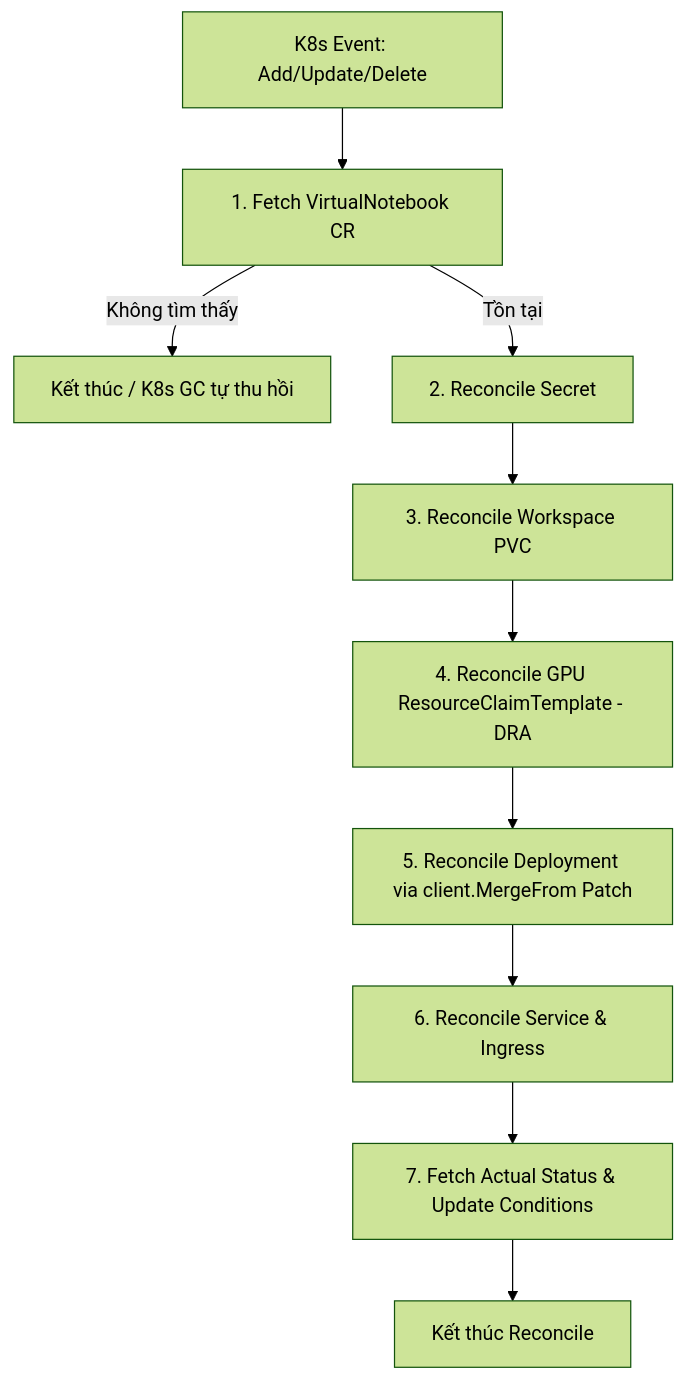
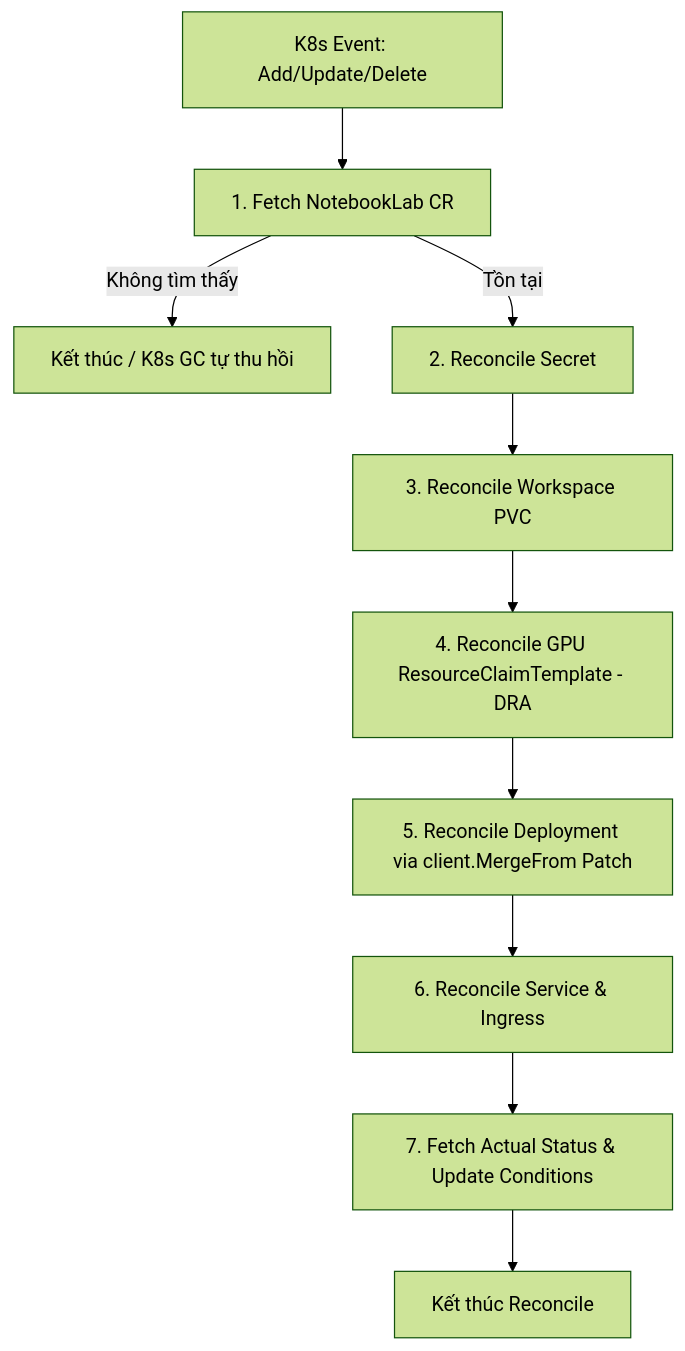
One commit to ngtukien/notebook-operator changed the diagram in ARCHITECTURE.md. Above: the diagram before and after it, drawn with Mermaid (forest theme). The commit also changed other lines of this file and 20 other files, not shown here.

Commit message:
refactor: replace VirtualNotebook with NotebookLab CRD and controller implementation

````diff
--- a/ARCHITECTURE.md
+++ b/ARCHITECTURE.md
@@ -168,13 +168,13 @@
 ```mermaid
 graph TD
-    A[K8s Event: Add/Update/Delete] --> B[1. Fetch VirtualNotebook CR]
+    A[K8s Event: Add/Update/Delete] --> B[1. Fetch NotebookLab CR]
     B -->|Không tìm thấy| C[Kết thúc / K8s GC tự thu hồi]
     B -->|Tồn tại| D[2. Reconcile Secret]
     
     D --> E[3. Reconcile Workspace PVC]
     E --> F[4. Reconcile GPU ResourceClaimTemplate - DRA]
     F --> G[5. Reconcile Deployment via client.MergeFrom Patch]
     G --> H[6. Reconcile Service & Ingress]
     H --> I[7. Fetch Actual Status & Update Conditions]
     I --> J[Kết thúc Reconcile]
 ```
````
